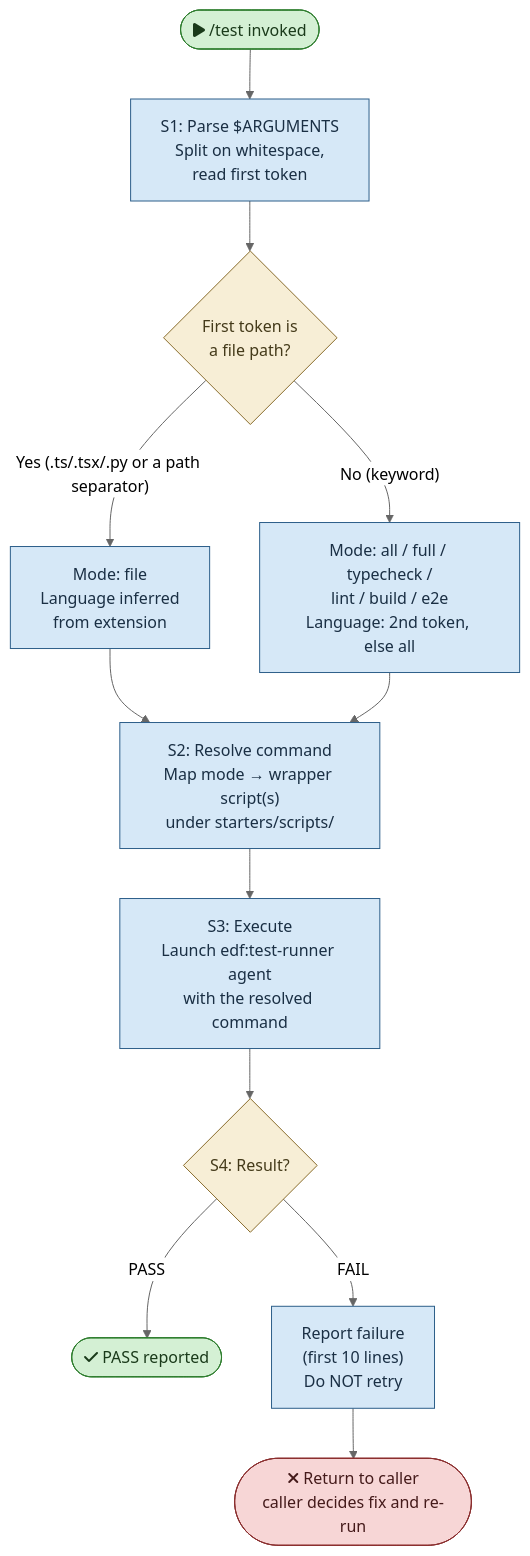
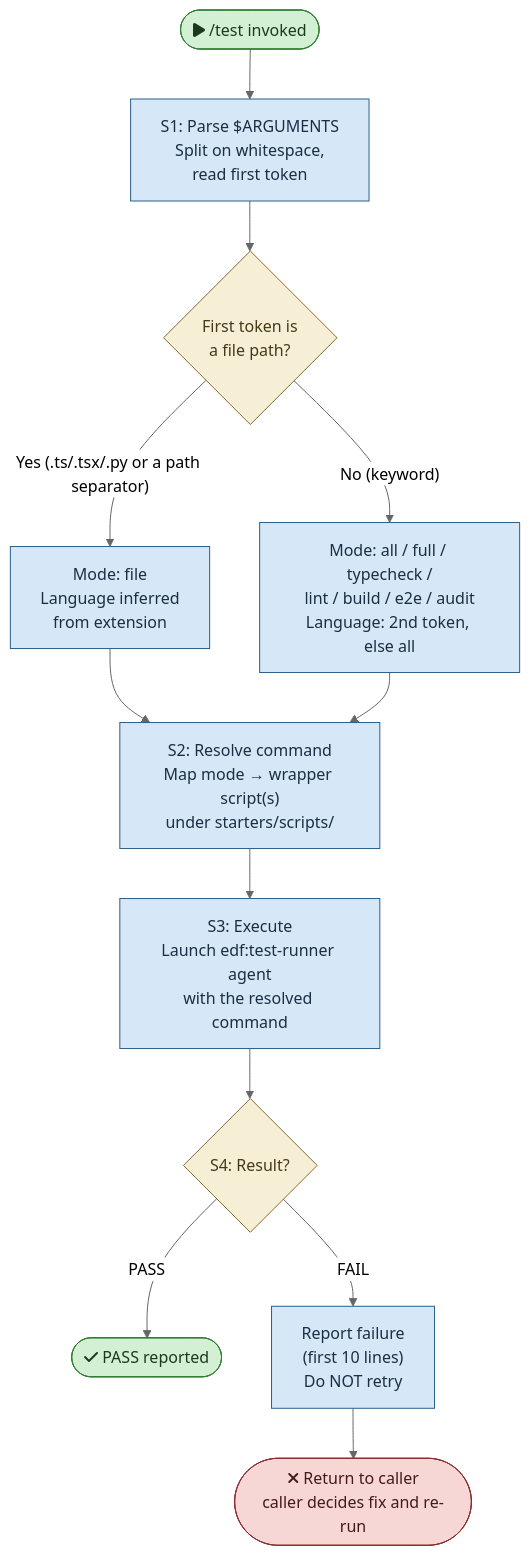
One commit to mironyx/engineering-delivery-framework changed the diagram in plugins/edf/skills/test/flowchart.md. Above: the diagram before and after it, drawn with Mermaid (neutral theme). The commit also changed 18 other files, not shown here.

````diff
--- a/plugins/edf/skills/test/flowchart.md
+++ b/plugins/edf/skills/test/flowchart.md
@@ -5,34 +5,34 @@
 ```mermaid
 flowchart TD
     START(["fa:fa-play /test invoked"]) --> S1
 
     S1["S1: Parse $ARGUMENTS<br/>Split on whitespace,<br/>read first token"] --> S1_CHK{"First token is<br/>a file path?"}
 
     S1_CHK -->|"Yes (.ts/.tsx/.py or a path separator)"| S1_FILE["Mode: file<br/>Language inferred<br/>from extension"]
-    S1_CHK -->|"No (keyword)"| S1_KW["Mode: all / full / typecheck /<br/>lint / build / e2e<br/>Language: 2nd token, else all"]
+    S1_CHK -->|"No (keyword)"| S1_KW["Mode: all / full / typecheck /<br/>lint / build / e2e / audit<br/>Language: 2nd token, else all"]
 
     S1_FILE --> S2
     S1_KW --> S2
 
     S2["S2: Resolve command<br/>Map mode → wrapper script(s)<br/>under starters/scripts/"] --> S3
 
     S3["S3: Execute<br/>Launch edf:test-runner agent<br/>with the resolved command"] --> S4
 
     S4{"S4: Result?"}
     S4 -->|"PASS"| DONE
     S4 -->|"FAIL"| FAIL["Report failure<br/>(first 10 lines)<br/>Do NOT retry"]
 
     FAIL --> RETURN(["fa:fa-times Return to caller<br/>caller decides fix and re-run"])
     DONE(["fa:fa-check PASS reported"])
 
     %% ── Styles ──
     classDef startend fill:#d4f0d4,stroke:#2d7d2d,color:#1a3a1a
     classDef process fill:#d6e8f7,stroke:#2d5f8a,color:#1a2f44
     classDef decision fill:#f7eed6,stroke:#8a6d2d,color:#443a1a
     classDef failend fill:#f7d6d6,stroke:#8a2d2d,color:#441a1a
 
     class START,DONE startend
     class RETURN failend
     class S1,S1_FILE,S1_KW,S2,S3,FAIL process
     class S1_CHK,S4 decision
 ```
````
